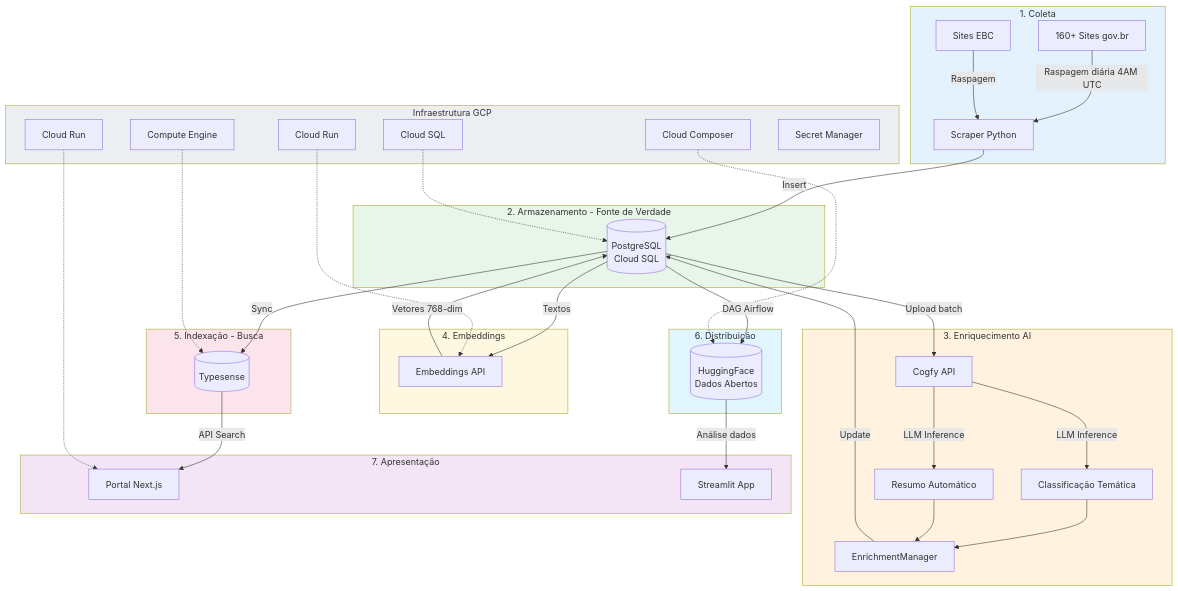
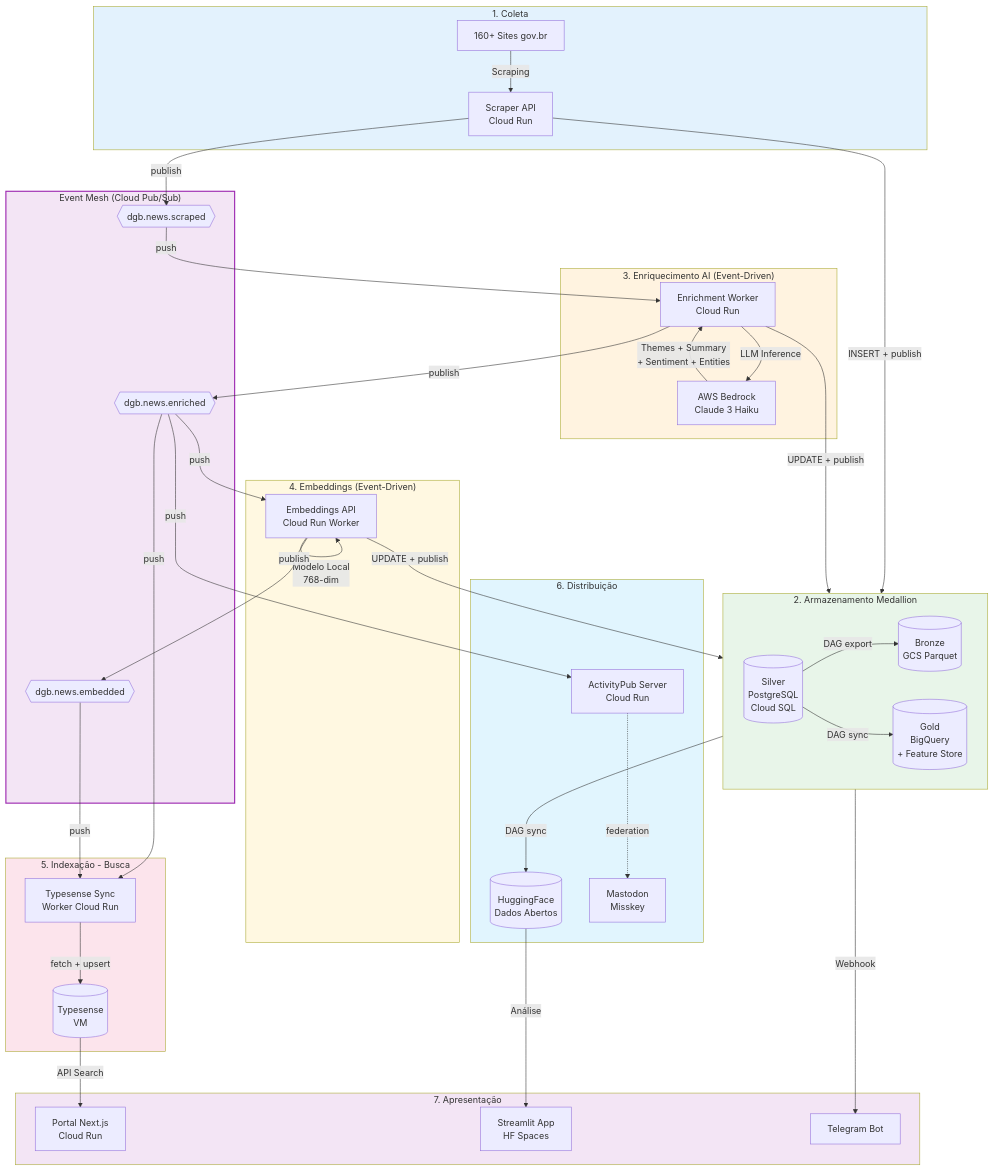
Before and after one commit to destaquesgovbr/docs: the first of 3 diagrams in docs/arquitetura/visao-geral.md, drawn with Mermaid. The commit also changed other lines of this file and 2 other files, not shown here.

First line of the commit message:
docs: atualiza arquitetura e adiciona relatórios técnicos do Portal Web

````diff
--- a/docs/arquitetura/visao-geral.md
+++ b/docs/arquitetura/visao-geral.md
@@ -17,56 +19,77 @@
 ```mermaid
 flowchart TB
     subgraph COLETA["1. Coleta"]
-        A[160+ Sites gov.br] -->|Raspagem diária 4AM UTC| B[Scraper Python]
-        A2[Sites EBC] -->|Raspagem| B
+        A[160+ Sites gov.br] -->|Scraping| B[Scraper API<br/>Cloud Run]
     end
 
-    subgraph ARMAZENAMENTO["2. Armazenamento - Fonte de Verdade"]
-        B -->|Insert| C[(PostgreSQL<br/>Cloud SQL)]
+    subgraph MEDALLION["2. Armazenamento Medallion"]
+        direction LR
+        BRONZE[(Bronze<br/>GCS Parquet)]
+        SILVER[(Silver<br/>PostgreSQL<br/>Cloud SQL)]
+        GOLD[(Gold<br/>BigQuery<br/>+ Feature Store)]
     end
 
-    subgraph ENRIQUECIMENTO["3. Enriquecimento AI"]
-        C -->|Upload batch| D[Cogfy API]
-        D -->|LLM Inference| E[Classificação Temática]
-        D -->|LLM Inference| F[Resumo Automático]
-        E --> G[EnrichmentManager]
-        F --> G
-        G -->|Update| C
+    subgraph ENRIQUECIMENTO["3. Enriquecimento AI (Event-Driven)"]
+        D[AWS Bedrock<br/>Claude 3 Haiku]
+        EW[Enrichment Worker<br/>Cloud Run]
+        EW -->|LLM Inference| D
+        D -->|Themes + Summary<br/>+ Sentiment + Entities| EW
     end
 
-    subgraph EMBEDDINGS["4. Embeddings"]
-        C -->|Textos| H[Embeddings API]
-        H -->|Vetores 768-dim| C
+    subgraph EMBEDDINGS["4. Embeddings (Event-Driven)"]
+        H[Embeddings API<br/>Cloud Run Worker]
+        H -->|Modelo Local<br/>768-dim| H
     end
 
     subgraph INDEXACAO["5. Indexação - Busca"]
-        C -->|Sync| I[(Typesense)]
+        I[(Typesense<br/>VM)]
+        TSW[Typesense Sync<br/>Worker Cloud Run]
     end
 
     subgraph DISTRIBUICAO["6. Distribuição"]
-        C -->|DAG Airflow| J[(HuggingFace<br/>Dados Abertos)]
+        J[(HuggingFace<br/>Dados Abertos)]
+        AP[ActivityPub Server<br/>Cloud Run]
+        MASTO[Mastodon<br/>Misskey]
     end
 
     subgraph APRESENTACAO["7. Apresentação"]
-        I -->|API Search| K[Portal Next.js]
-        J -->|Análise dados| L[Streamlit App]
+        K[Portal Next.js<br/>Cloud Run]
+        L[Streamlit App<br/>HF Spaces]
+        TG[Telegram Bot]
     end
 
-    subgraph INFRA["Infraestrutura GCP"]
-        M[Cloud Run] -.-> K
-        M2[Cloud Run] -.-> H
-        N[Compute Engine] -.-> I
-        O[Cloud SQL] -.-> C
-        P[Cloud Composer] -.-> J
-        Q[Secret Manager]
+    subgraph PUBSUB["Event Mesh (Cloud Pub/Sub)"]
+        T1{{dgb.news.scraped}}
+        T2{{dgb.news.enriched}}
+        T3{{dgb.news.embedded}}
     end
 
+    B -->|INSERT + publish| SILVER
+    B -->|publish| T1
+    T1 -->|push| EW
+    EW -->|UPDATE + publish| SILVER
+    EW -->|publish| T2
+    T2 -->|push| H
+    H -->|UPDATE + publish| SILVER
+    H -->|publish| T3
+    T2 -->|push| TSW
+    T3 -->|push| TSW
+    TSW -->|fetch + upsert| I
+    T2 -->|push| AP
+    AP -.->|federation| MASTO
+    SILVER -->|DAG export| BRONZE
+    SILVER -->|DAG sync| GOLD
+    SILVER -->|DAG sync| J
+    I -->|API Search| K
+    J -->|Análise| L
+    SILVER -->|Webhook| TG
+
     style COLETA fill:#e3f2fd
-    style ARMAZENAMENTO fill:#e8f5e9
+    style MEDALLION fill:#e8f5e9
     style ENRIQUECIMENTO fill:#fff3e0
     style EMBEDDINGS fill:#fff8e1
     style INDEXACAO fill:#fce4ec
     style DISTRIBUICAO fill:#e1f5fe
     style APRESENTACAO fill:#f3e5f5
-    style INFRA fill:#eceff1
+    style PUBSUB fill:#f3e5f5,stroke:#9C27B0,stroke-width:2px
 ```
````
